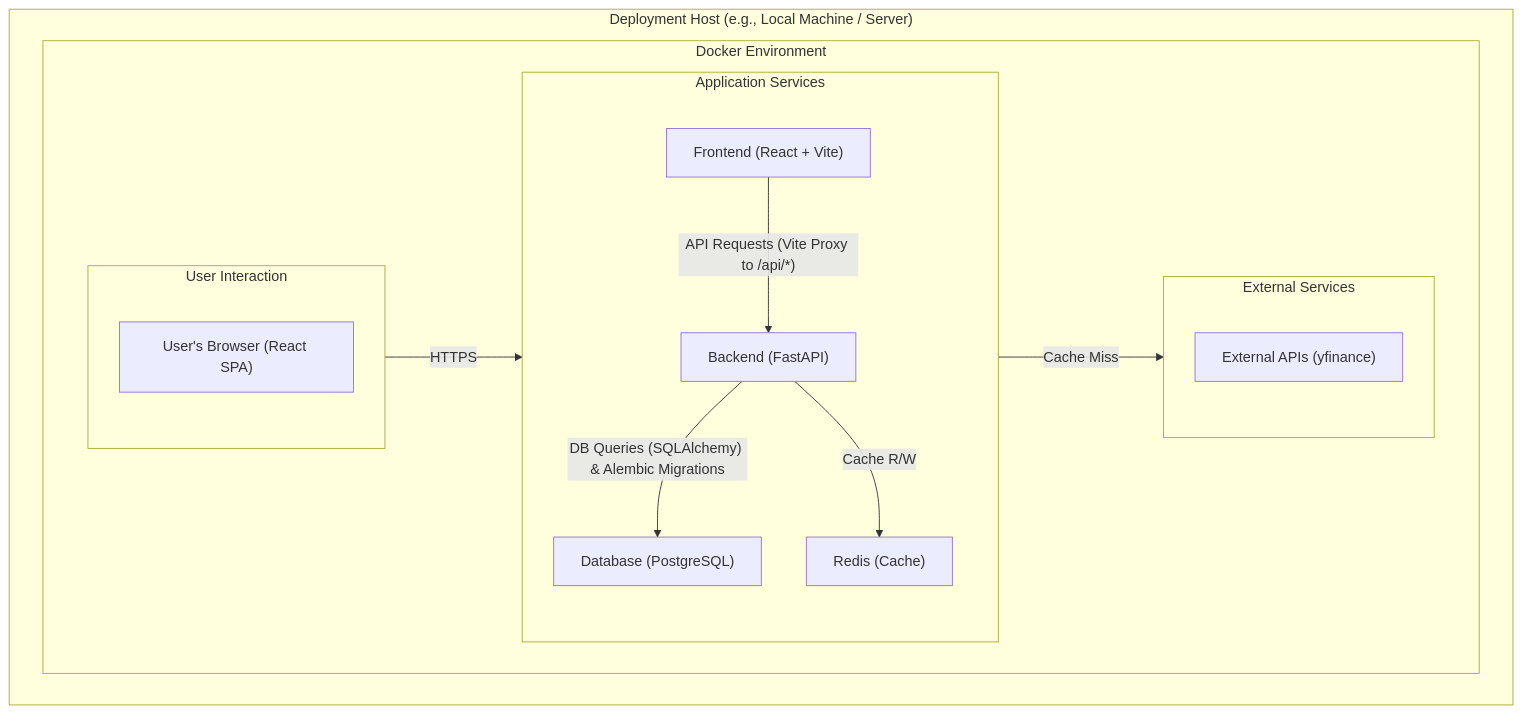
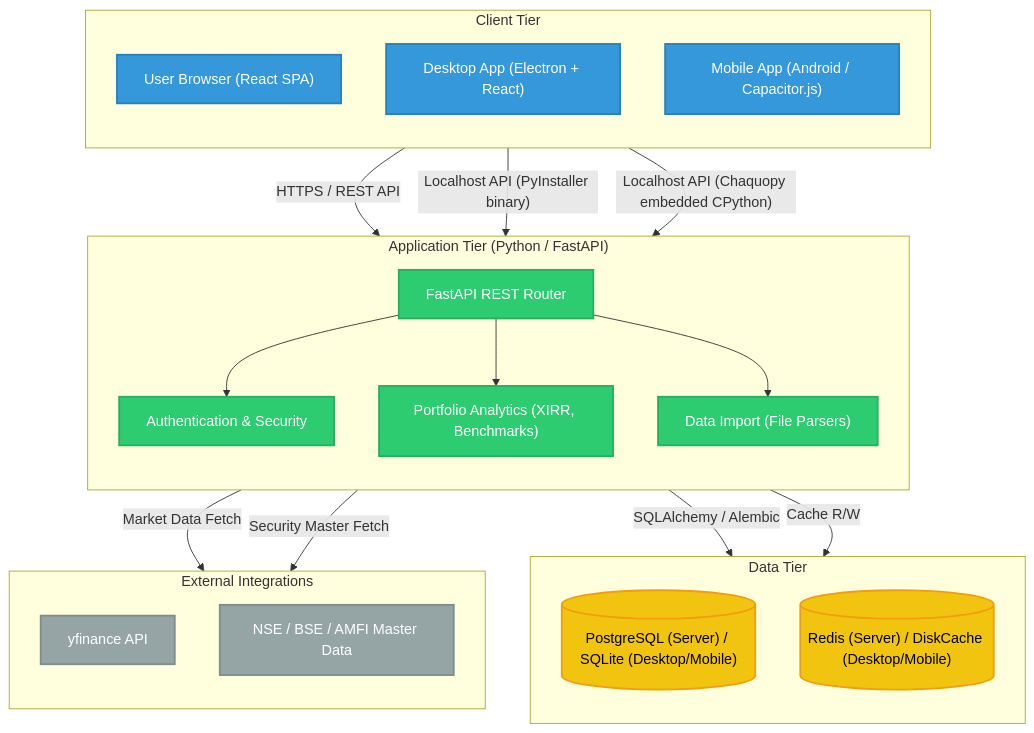
One commit to aashishbhanawat/ArthSaarthi changed the diagram in docs/architecture.md. Above: the diagram before and after it, drawn with Mermaid. The commit also changed other lines of this file and 9 other files, not shown here.

````diff
--- a/docs/architecture.md
+++ b/docs/architecture.md
@@ -9,28 +9,49 @@
 ```mermaid
 graph TD
-    subgraph "Deployment Host (e.g., Local Machine / Server)"
-        subgraph "Docker Environment"
-            direction LR
-            subgraph "User Interaction"
-                direction TB
-                User_Browser["User's Browser (React SPA)"]
-            end
-            subgraph "Application Services"
-                direction TB
-                Frontend["Frontend (React + Vite)"]
-                Backend["Backend (FastAPI)"]
-                Database["Database (PostgreSQL)"]
-                Redis["Redis (Cache)"]
-            end
-            subgraph "External Services"
-                direction TB
-                yfinance["External APIs (yfinance)"]
-            end
-            User_Browser -- HTTPS --> Frontend
-            Frontend -- "API Requests (Vite Proxy to /api/*)" --> Backend
-            Backend -- "DB Queries (SQLAlchemy) & Alembic Migrations" --> Database
-            Backend -- "Cache R/W" --> Redis
-            Backend -- "Cache Miss" --> yfinance
-        end
+    classDef frontend fill:#3498db,stroke:#2980b9,stroke-width:2px,color:#fff;
+    classDef backend fill:#2ecc71,stroke:#27ae60,stroke-width:2px,color:#fff;
+    classDef database fill:#f1c40f,stroke:#f39c12,stroke-width:2px,color:#000;
+    classDef external fill:#95a5a6,stroke:#7f8c8d,stroke-width:2px,color:#fff;
+
+    subgraph "Client Tier"
+        direction TB
+        Browser["User Browser (React SPA)"]:::frontend
+        Desktop["Desktop App (Electron + React)"]:::frontend
+        Mobile["Mobile App (Android / Capacitor.js)"]:::frontend
     end
+
+    subgraph "Application Tier (Python / FastAPI)"
+        direction TB
+        API["FastAPI REST Router"]:::backend
+        AuthService["Authentication & Security"]:::backend
+        AnalyticsService["Portfolio Analytics (XIRR, Benchmarks)"]:::backend
+        DataImportService["Data Import (File Parsers)"]:::backend
+
+        API --> AuthService
+        API --> AnalyticsService
+        API --> DataImportService
+    end
+
+    subgraph "Data Tier"
+        direction TB
+        PostgreSQL[("PostgreSQL (Server) / SQLite (Desktop/Mobile)")]:::database
+        Redis[("Redis (Server) / DiskCache (Desktop/Mobile)")]:::database
+    end
+
+    subgraph "External Integrations"
+        direction TB
+        YFinance["yfinance API"]:::external
+        ExchangeData["NSE / BSE / AMFI Master Data"]:::external
+    end
+
+    %% Connections
+    Browser -- "HTTPS / REST API" --> API
+    Desktop -- "Localhost API (PyInstaller binary)" --> API
+    Mobile -- "Localhost API (Chaquopy embedded CPython)" --> API
+
+    API -- "SQLAlchemy / Alembic" --> PostgreSQL
+    API -- "Cache R/W" --> Redis
+    
+    AnalyticsService -- "Market Data Fetch" --> YFinance
+    DataImportService -- "Security Master Fetch" --> ExchangeData
 ```
````
